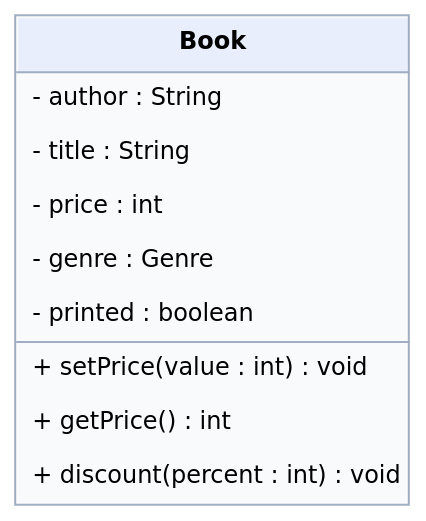
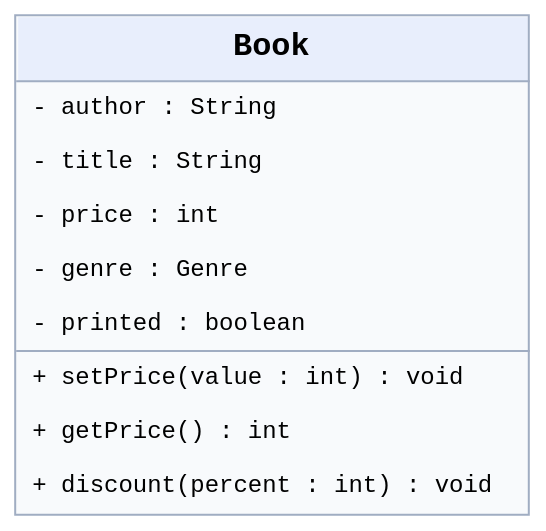
Before and after one commit to edetroll/java-oop: the diagram in content/chapters/03-adatrejtes/media/task2-en.dot, drawn with Graphviz. The commit also changed 38 other files, not shown here.

```diff
--- a/content/chapters/03-adatrejtes/media/task2-en.dot
+++ b/content/chapters/03-adatrejtes/media/task2-en.dot
@@ -1,1 +1,1 @@
-digraph G { graph [bgcolor="transparent",pad="0.05"]; node [shape=plaintext,fontname="DejaVu Sans",fontsize=12]; a [label=<<TABLE BORDER="1" CELLBORDER="0" CELLSPACING="0" CELLPADDING="7" COLOR="#a0adc2" BGCOLOR="#f8fafc"><TR><TD BGCOLOR="#e8eefc"><B>Book</B></TD></TR><HR/><TR><TD ALIGN="LEFT" BALIGN="LEFT">- author : String</TD></TR><TR><TD ALIGN="LEFT" BALIGN="LEFT">- title : String</TD></TR><TR><TD ALIGN="LEFT" BALIGN="LEFT">- price : int</TD></TR><TR><TD ALIGN="LEFT" BALIGN="LEFT">- genre : Genre</TD></TR><TR><TD ALIGN="LEFT" BALIGN="LEFT">- printed : boolean</TD></TR><HR/><TR><TD ALIGN="LEFT" BALIGN="LEFT">+ setPrice(value : int) : void</TD></TR><TR><TD ALIGN="LEFT" BALIGN="LEFT">+ getPrice() : int</TD></TR><TR><TD ALIGN="LEFT" BALIGN="LEFT">+ discount(percent : int) : void</TD></TR></TABLE>>]; }
+digraph G { graph [bgcolor="transparent",pad="0.05"]; node [shape=plaintext,fontname="Liberation Mono",fontsize=12]; a [label=<<TABLE BORDER="1" CELLBORDER="0" CELLSPACING="0" CELLPADDING="7" COLOR="#a0adc2" BGCOLOR="#f8fafc"><TR><TD BGCOLOR="#e8eefc"><FONT FACE="Liberation Mono" POINT-SIZE="16"><B>Book</B></FONT></TD></TR><HR/><TR><TD ALIGN="LEFT" BALIGN="LEFT">- author : String</TD></TR><TR><TD ALIGN="LEFT" BALIGN="LEFT">- title : String</TD></TR><TR><TD ALIGN="LEFT" BALIGN="LEFT">- price : int</TD></TR><TR><TD ALIGN="LEFT" BALIGN="LEFT">- genre : Genre</TD></TR><TR><TD ALIGN="LEFT" BALIGN="LEFT">- printed : boolean</TD></TR><HR/><TR><TD ALIGN="LEFT" BALIGN="LEFT">+ setPrice(value : int) : void</TD></TR><TR><TD ALIGN="LEFT" BALIGN="LEFT">+ getPrice() : int</TD></TR><TR><TD ALIGN="LEFT" BALIGN="LEFT">+ discount(percent : int) : void</TD></TR></TABLE>>]; }
```
